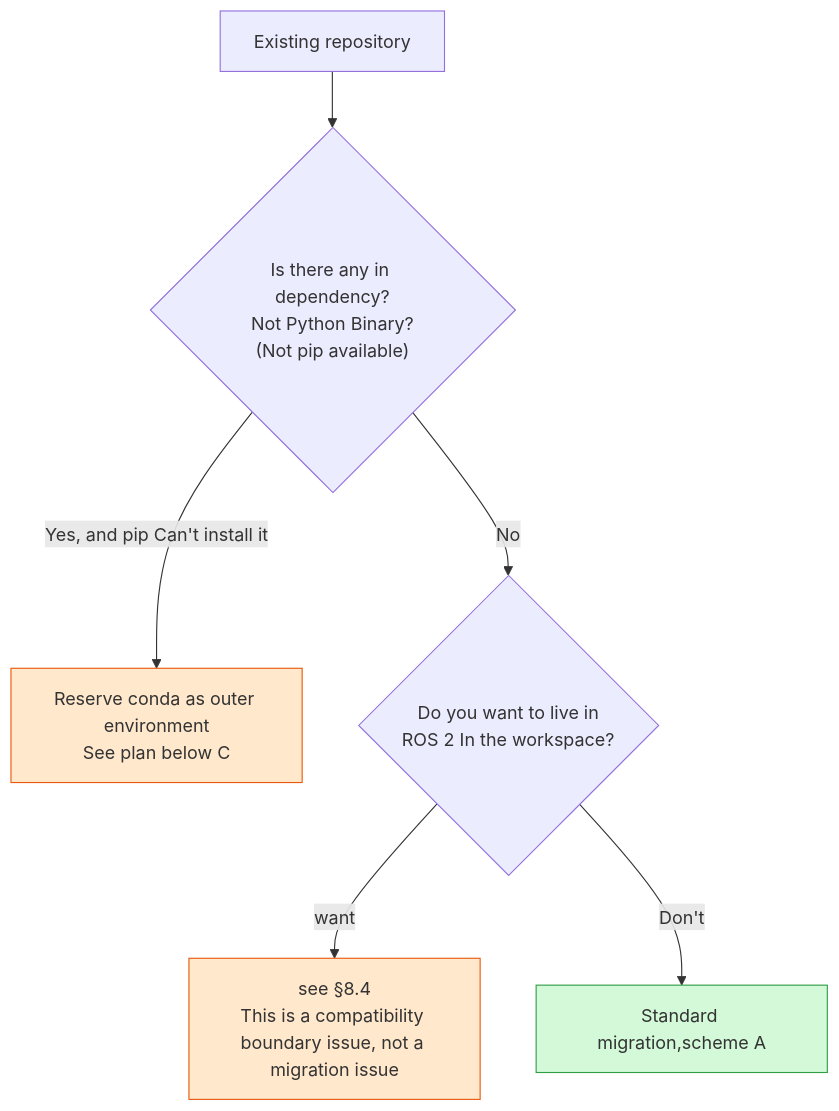
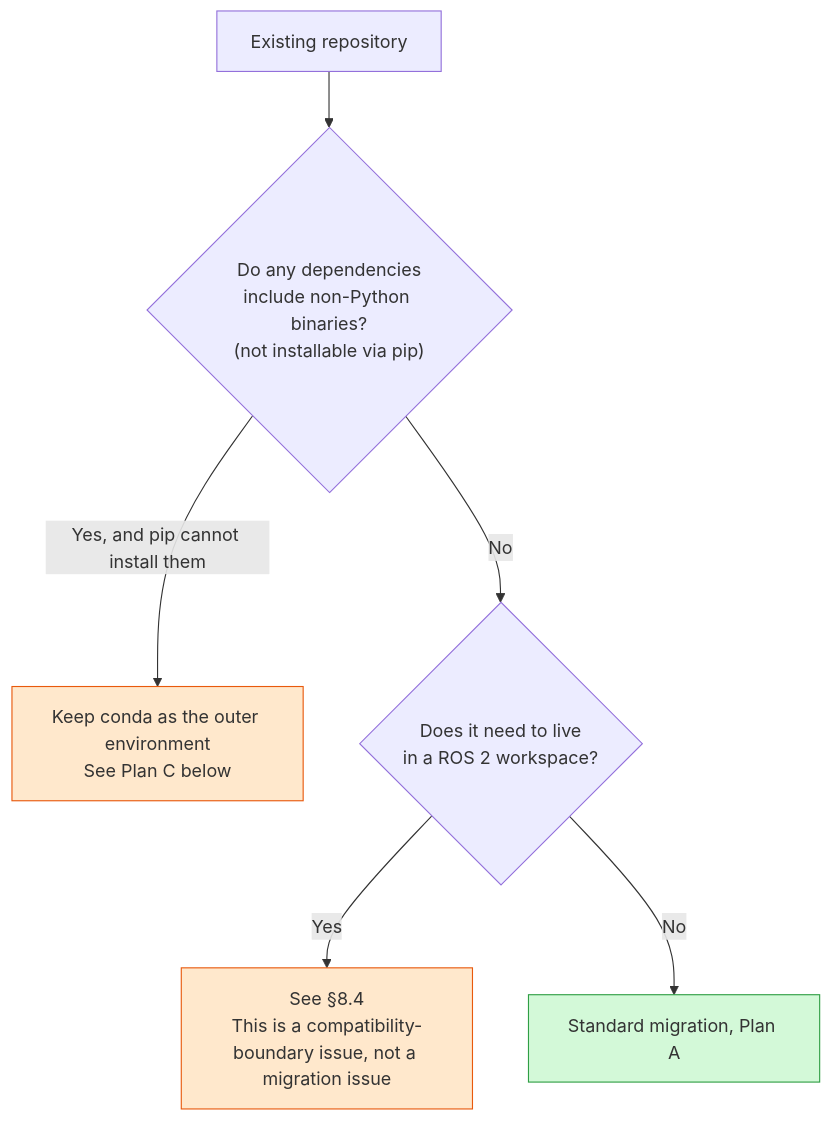
Diagram 11 of 22 in _translations/en/research/Python-Engineering-Survey.md (TingdeLiu/tingdeliu.github.io), drawn with Mermaid before and after one commit. The commit also changed other lines of this file and 51 other files, not shown here.

````diff
--- a/_translations/en/research/Python-Engineering-Survey.md
+++ b/_translations/en/research/Python-Engineering-Survey.md
@@ -842,11 +842,11 @@
 ```mermaid
 flowchart TB
-    S["Existing repository"] --> Q1{"Is there any in dependency?<br/>Not Python Binary?<br/>(Not pip available)"}
-    Q1 -->|"Yes, and pip Can't install it"| K["Reserve conda as outer environment<br/>See plan below C"]
-    Q1 -->|"No"| Q2{"Do you want to live in<br/>ROS 2 In the workspace?"}
-    Q2 -->|"want"| R["see §8.4<br/>This is a compatibility boundary issue, not a migration issue"]
-    Q2 -->|"Don't"| M["Standard migration,scheme A"]
+    S["Existing repository"] --> Q1{"Do any dependencies<br/>include non-Python binaries?<br/>(not installable via pip)"}
+    Q1 -->|"Yes, and pip cannot install them"| K["Keep conda as the outer environment<br/>See Plan C below"]
+    Q1 -->|"No"| Q2{"Does it need to live<br/>in a ROS 2 workspace?"}
+    Q2 -->|"Yes"| R["See §8.4<br/>This is a compatibility-boundary issue, not a migration issue"]
+    Q2 -->|"No"| M["Standard migration, Plan A"]
     style K fill:#ffe8cc,stroke:#e8590c
     style R fill:#ffe8cc,stroke:#e8590c
     style M fill:#d3f9d8,stroke:#2f9e44
 ```
````
